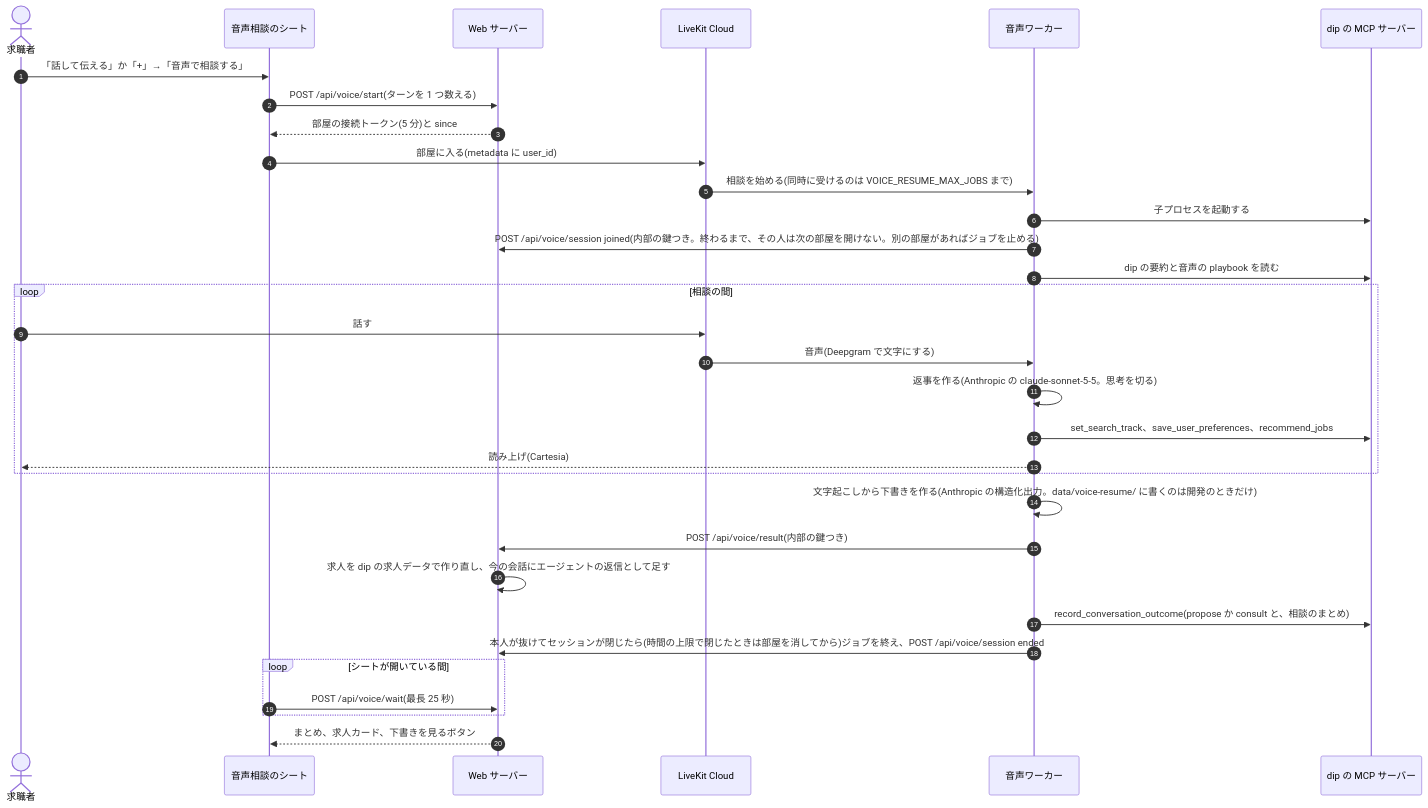
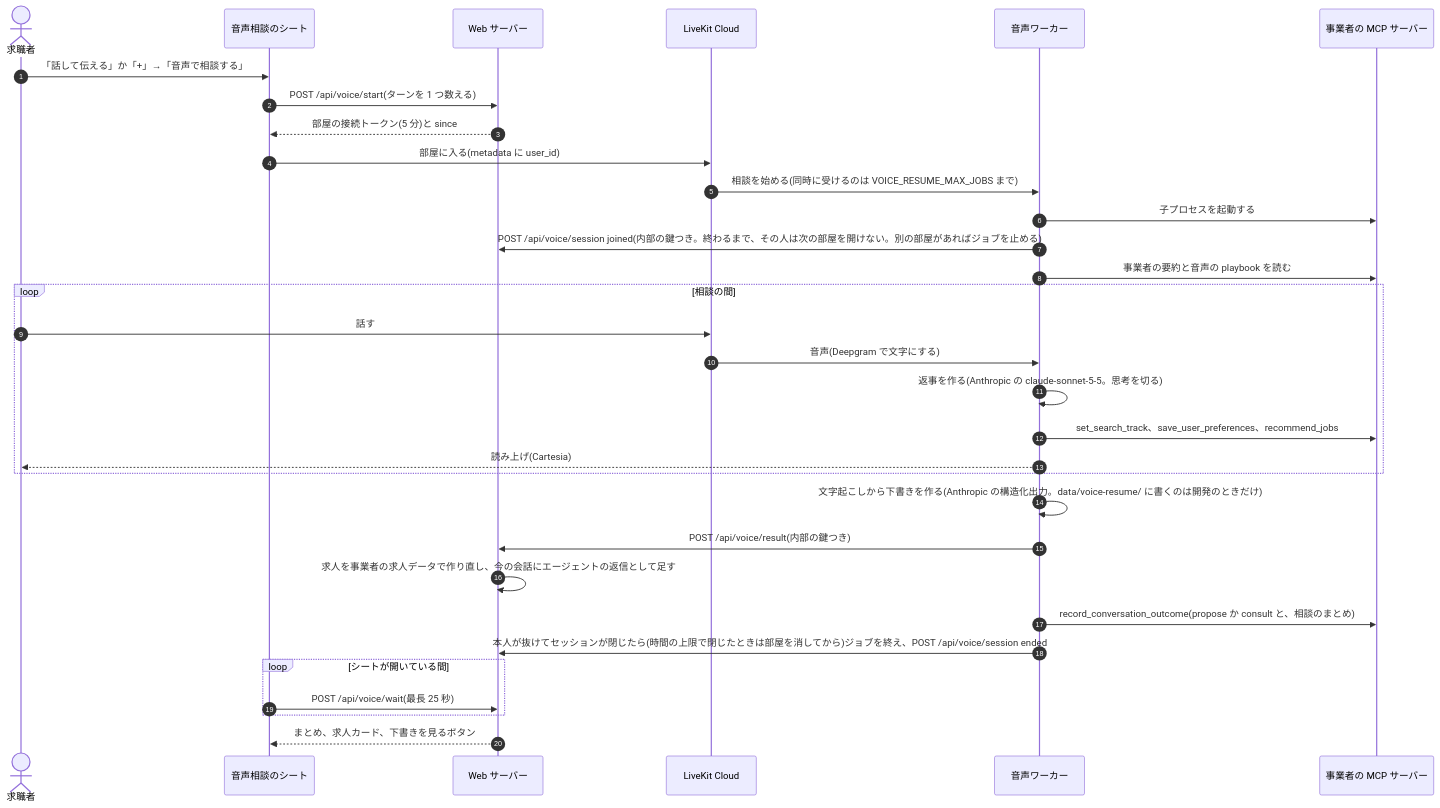
The sixth of 15 diagrams in docs/architecture/hld.md (jyoka/aica), drawn with Mermaid before and after one commit. The commit also changed other lines of this file and 51 other files, not shown here.

````diff
--- a/docs/architecture/hld.md
+++ b/docs/architecture/hld.md
@@ -469,35 +469,35 @@
 ```mermaid
 sequenceDiagram
     autonumber
     actor U as 求職者
     participant P as 音声相談のシート
     participant S as Web サーバー
     participant K as LiveKit Cloud
     participant W as 音声ワーカー
-    participant D as dip の MCP サーバー
+    participant D as 事業者の MCP サーバー
 
     U->>P: 「話して伝える」か「+」→「音声で相談する」
     P->>S: POST /api/voice/start(ターンを 1 つ数える)
     S-->>P: 部屋の接続トークン(5 分)と since
     P->>K: 部屋に入る(metadata に user_id)
     K->>W: 相談を始める(同時に受けるのは VOICE_RESUME_MAX_JOBS まで)
     W->>D: 子プロセスを起動する
     W->>S: POST /api/voice/session joined(内部の鍵つき。終わるまで、その人は次の部屋を開けない。別の部屋があればジョブを止める)
-    W->>D: dip の要約と音声の playbook を読む
+    W->>D: 事業者の要約と音声の playbook を読む
     loop 相談の間
         U->>K: 話す
         K->>W: 音声(Deepgram で文字にする)
         W->>W: 返事を作る(Anthropic の claude-sonnet-5-5。思考を切る)
         W->>D: set_search_track、save_user_preferences、recommend_jobs
         W-->>U: 読み上げ(Cartesia)
     end
     W->>W: 文字起こしから下書きを作る(Anthropic の構造化出力。data/voice-resume/ に書くのは開発のときだけ)
     W->>S: POST /api/voice/result(内部の鍵つき)
-    S->>S: 求人を dip の求人データで作り直し、今の会話にエージェントの返信として足す
+    S->>S: 求人を事業者の求人データで作り直し、今の会話にエージェントの返信として足す
     W->>D: record_conversation_outcome(propose か consult と、相談のまとめ)
     W->>S: 本人が抜けてセッションが閉じたら(時間の上限で閉じたときは部屋を消してから)ジョブを終え、POST /api/voice/session ended
     loop シートが開いている間
         P->>S: POST /api/voice/wait(最長 25 秒)
     end
     S-->>P: まとめ、求人カード、下書きを見るボタン
 ```
````
